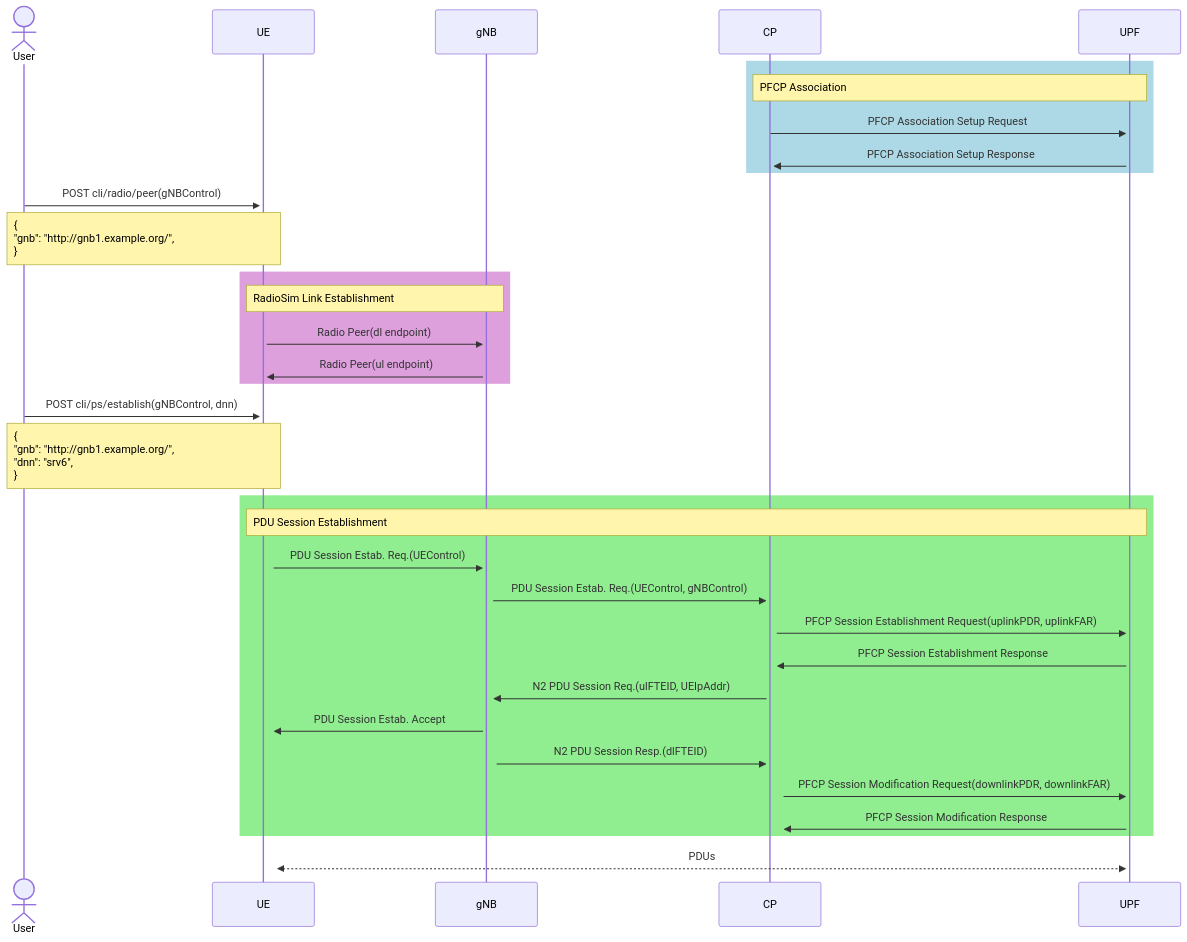
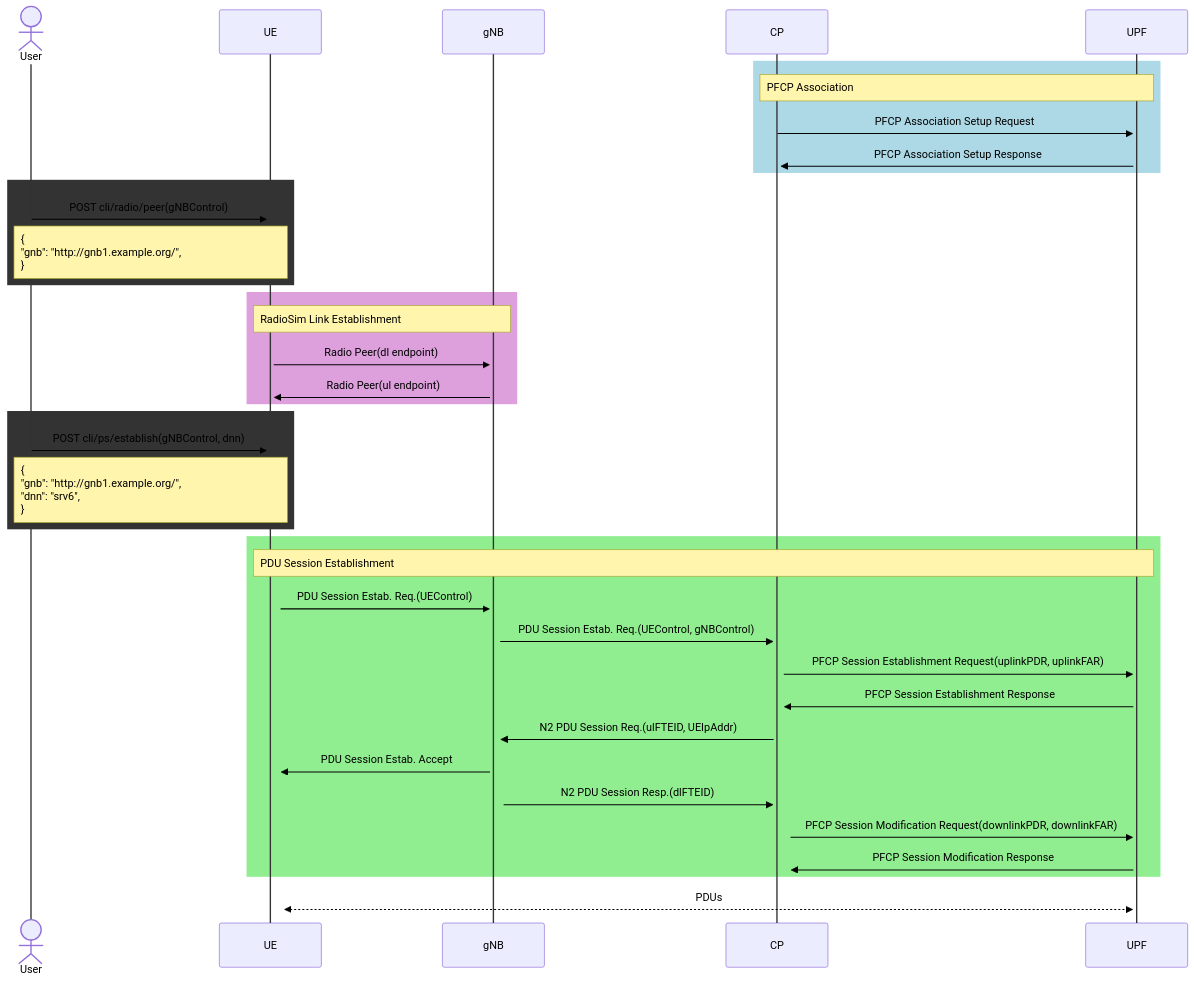
Before and after one commit to nextmn/testbed: the first of 5 diagrams in doc/nextmn-lite.md, drawn with Mermaid. The commit also changed other lines of this file, not shown here.

Commit message:
Add text contrast even in dark mode

````diff
--- a/doc/nextmn-lite.md
+++ b/doc/nextmn-lite.md
@@ -5,36 +5,40 @@
 ```mermaid
-%%{init: { 'sequence': {'noteAlign': 'left'} }}%%
+%%{init: { 'sequence': {'noteAlign': 'left'} , 'themeVariables':{'actorLineColor': '#333333', 'signalColor': '#000000', 'signalTextColor':'#000000'} }}%%
 sequenceDiagram
 actor User
 participant UE
 participant gNB
 participant CP
 participant UPF
 rect LightBlue
     note over CP,UPF: PFCP Association
     CP->>+UPF: PFCP Association Setup Request
     UPF->>+CP: PFCP Association Setup Response
 end
-User->>+UE: POST cli/radio/peer(gNBControl)
-note over User,UE: {<br>"gnb": "http://gnb1.example.org/",<br>}
+rect LightOrange
+    User->>+UE: POST cli/radio/peer(gNBControl)
+    note over User,UE: {<br>"gnb": "http://gnb1.example.org/",<br>}
+end
 rect Plum
     note over UE, gNB: RadioSim Link Establishment
     UE->>+gNB: Radio Peer(dl endpoint)
     gNB->>+UE: Radio Peer(ul endpoint)
 end
-User->>+UE: POST cli/ps/establish(gNBControl, dnn)
-note over User,UE: {<br>"gnb": "http://gnb1.example.org/",<br>"dnn": "srv6",<br>}
+rect LightOrange
+    User->>+UE: POST cli/ps/establish(gNBControl, dnn)
+    note over User,UE: {<br>"gnb": "http://gnb1.example.org/",<br>"dnn": "srv6",<br>}
+end
 rect LightGreen
     note over UE,UPF: PDU Session Establishment
     UE->>+gNB: PDU Session Estab. Req.(UEControl)
     gNB->>+CP: PDU Session Estab. Req.(UEControl, gNBControl)
     CP->>+UPF: PFCP Session Establishment Request(uplinkPDR, uplinkFAR)
     UPF->>+CP: PFCP Session Establishment Response
     CP->>+gNB: N2 PDU Session Req.(ulFTEID, UEIpAddr)
     gNB->>+UE: PDU Session Estab. Accept
     gNB->>+CP: N2 PDU Session Resp.(dlFTEID)
     CP->>+UPF: PFCP Session Modification Request(downlinkPDR, downlinkFAR)
     UPF->>+CP: PFCP Session Modification Response
 end
 UE<<-->>+UPF: PDUs
 ```
````
